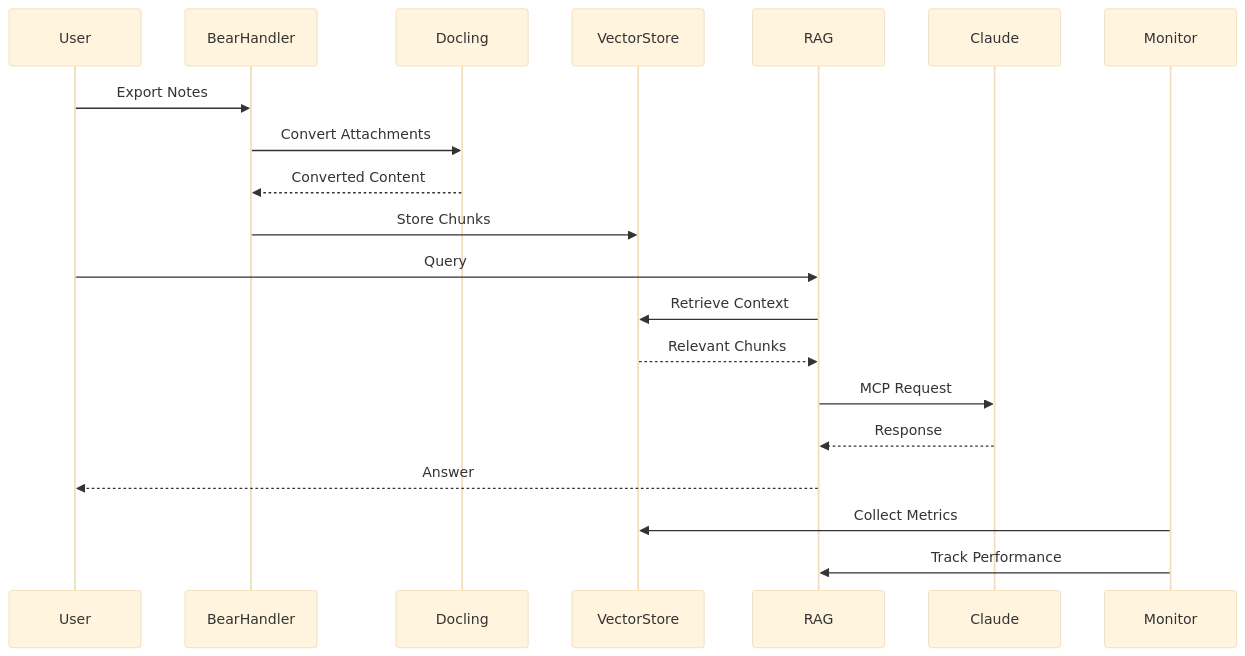
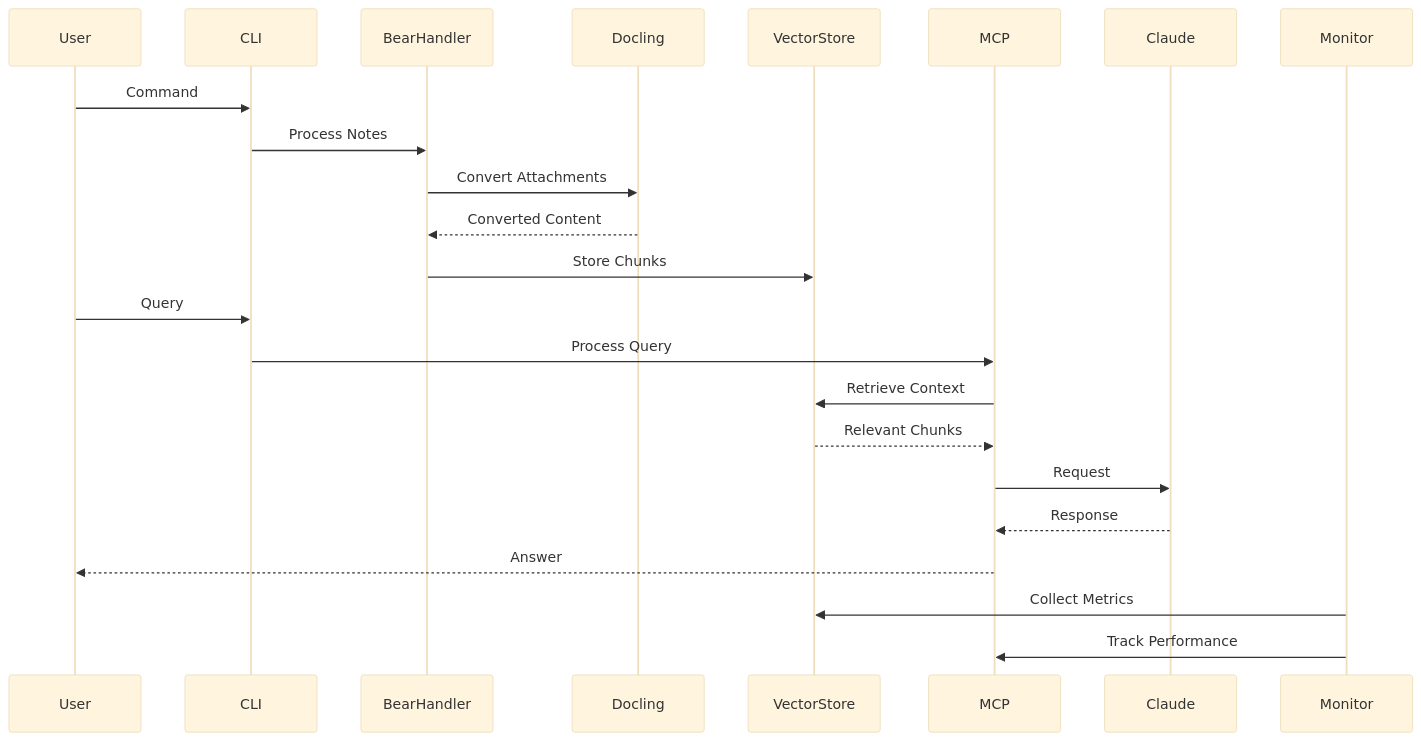
The diagram in docs/architecture/system_architecture.md (chadrwalters/nova), drawn with Mermaid (base theme) before and after one commit. The commit also changed other lines of this file and 33 other files, not shown here.

````diff
--- a/docs/architecture/system_architecture.md
+++ b/docs/architecture/system_architecture.md
@@ -209,23 +259,26 @@
 ```mermaid
 sequenceDiagram
     participant User
+    participant CLI
     participant BearHandler
     participant Docling
     participant VectorStore
-    participant RAG
+    participant MCP
     participant Claude
     participant Monitor
 
-    User->>BearHandler: Export Notes
+    User->>CLI: Command
+    CLI->>BearHandler: Process Notes
     BearHandler->>Docling: Convert Attachments
     Docling-->>BearHandler: Converted Content
     BearHandler->>VectorStore: Store Chunks
-    User->>RAG: Query
-    RAG->>VectorStore: Retrieve Context
-    VectorStore-->>RAG: Relevant Chunks
-    RAG->>Claude: MCP Request
-    Claude-->>RAG: Response
-    RAG-->>User: Answer
+    User->>CLI: Query
+    CLI->>MCP: Process Query
+    MCP->>VectorStore: Retrieve Context
+    VectorStore-->>MCP: Relevant Chunks
+    MCP->>Claude: Request
+    Claude-->>MCP: Response
+    MCP-->>User: Answer
     Monitor->>VectorStore: Collect Metrics
-    Monitor->>RAG: Track Performance
+    Monitor->>MCP: Track Performance
 ```
````
